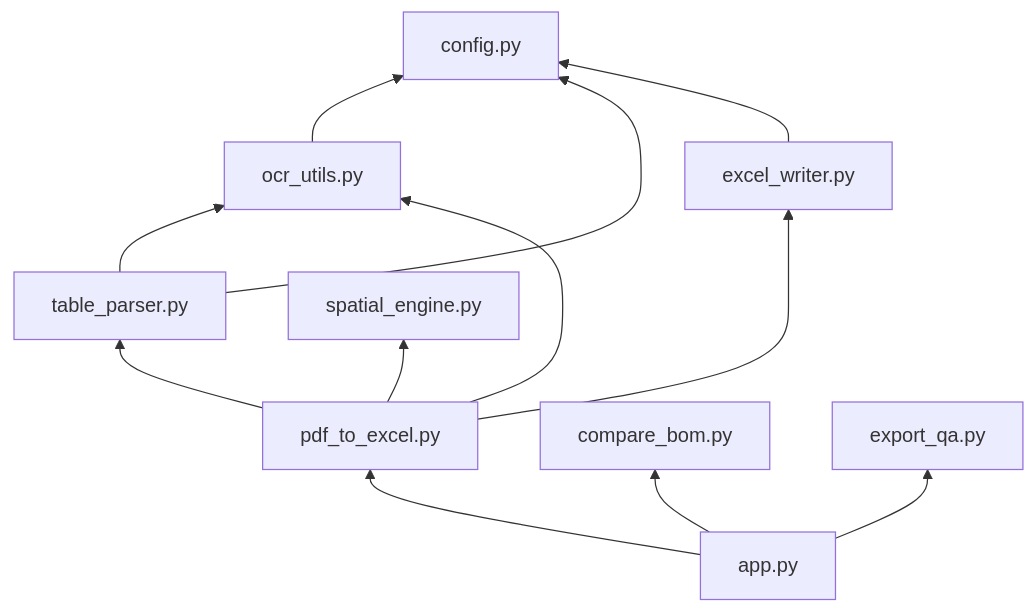
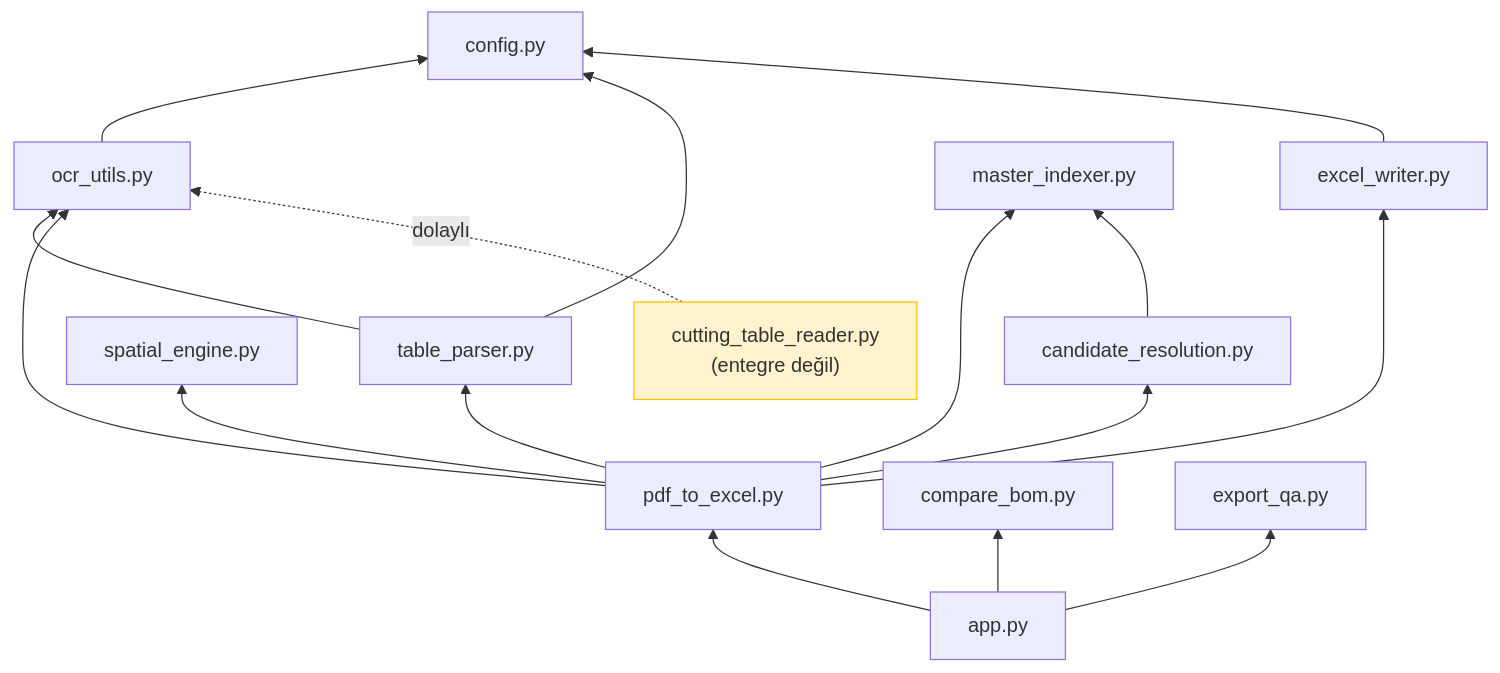
Before and after one commit to burakdgdvrn/AutoBOM: the third of 3 diagrams in ARCHITECTURE.md, drawn with Mermaid. The commit also changed other lines of this file and 13 other files, not shown here.

````diff
--- a/ARCHITECTURE.md
+++ b/ARCHITECTURE.md
@@ -391,24 +533,33 @@
 ```mermaid
 graph BT
     CFG["config.py"]
     OCR["ocr_utils.py"]
     TP["table_parser.py"]
     EW["excel_writer.py"]
     PDF["pdf_to_excel.py"]
     SE["spatial_engine.py"]
+    CR["candidate_resolution.py"]
+    MI["master_indexer.py"]
     CB["compare_bom.py"]
     QA["export_qa.py"]
     APP["app.py"]
+    CTR["cutting_table_reader.py<br/>(entegre değil)"]
 
     OCR --> CFG
     TP --> CFG
     TP --> OCR
     EW --> CFG
     PDF --> OCR
     PDF --> TP
     PDF --> EW
     PDF --> SE
+    PDF --> CR
+    PDF --> MI
+    CR --> MI
     APP --> PDF
     APP --> CB
     APP --> QA
+    CTR -.->|"dolaylı"| OCR
+
+    style CTR fill:#FFF2CC,stroke:#FFC000
 ```
````
